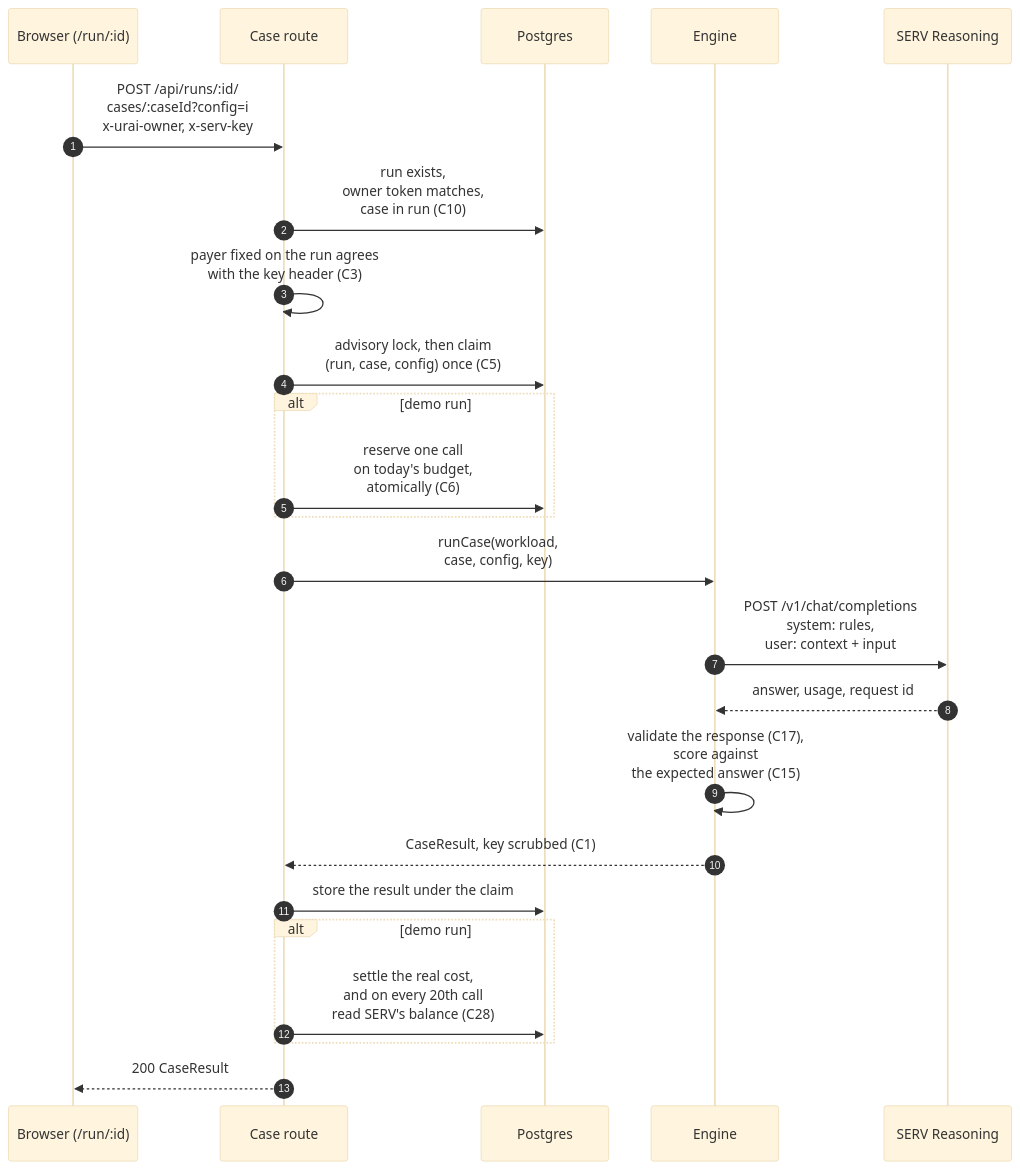
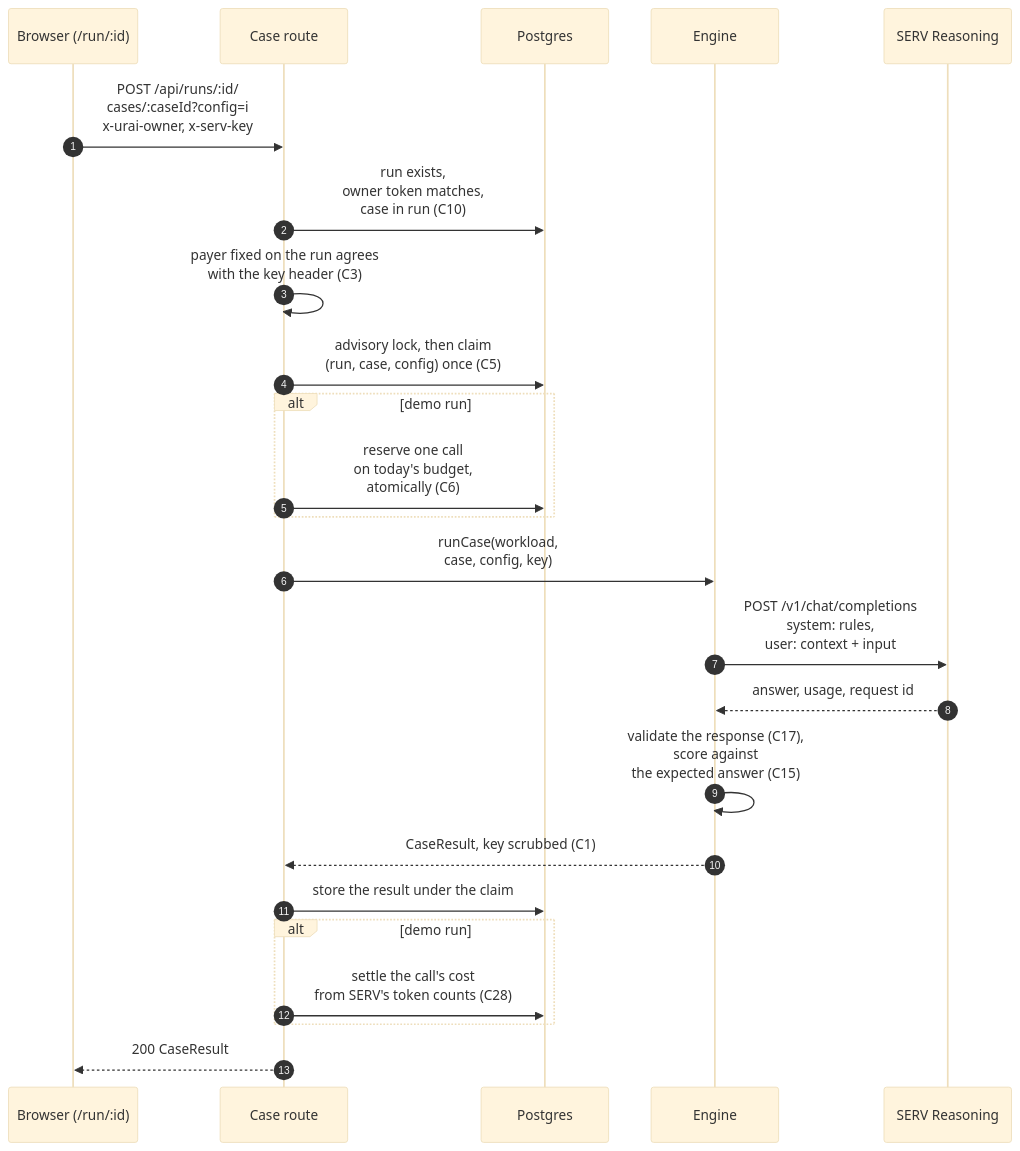
Before and after one commit to ramakrishnanhulk20/Urai: the diagram in packages/web/content/docs/concepts/how-it-works.mdx, drawn with Mermaid (base theme). The commit also changed 54 other files, not shown here.

First line of the commit message:
Remove the SERV balance probe, cost from tokens

````diff
--- a/packages/web/content/docs/concepts/how-it-works.mdx
+++ b/packages/web/content/docs/concepts/how-it-works.mdx
@@ -11,27 +11,27 @@
 ```mermaid
 sequenceDiagram
   autonumber
   participant B as Browser (/run/:id)
   participant S as Case route
   participant P as Postgres
   participant E as Engine
   participant V as SERV Reasoning
 
   B->>S: POST /api/runs/:id/<br/>cases/:caseId?config=i<br/>x-urai-owner, x-serv-key
   S->>P: run exists,<br/>owner token matches,<br/>case in run (C10)
   S->>S: payer fixed on the run agrees<br/>with the key header (C3)
   S->>P: advisory lock, then claim<br/>(run, case, config) once (C5)
   alt demo run
     S->>P: reserve one call<br/>on today's budget,<br/>atomically (C6)
   end
   S->>E: runCase(workload,<br/>case, config, key)
   E->>V: POST /v1/chat/completions<br/>system: rules,<br/>user: context + input
   V-->>E: answer, usage, request id
   E->>E: validate the response (C17),<br/>score against<br/>the expected answer (C15)
   E-->>S: CaseResult, key scrubbed (C1)
   S->>P: store the result under the claim
   alt demo run
-    S->>P: settle the real cost,<br/>and on every 20th call<br/>read SERV's balance (C28)
+    S->>P: settle the call's cost<br/>from SERV's token counts (C28)
   end
   S-->>B: 200 CaseResult
 ```
````
